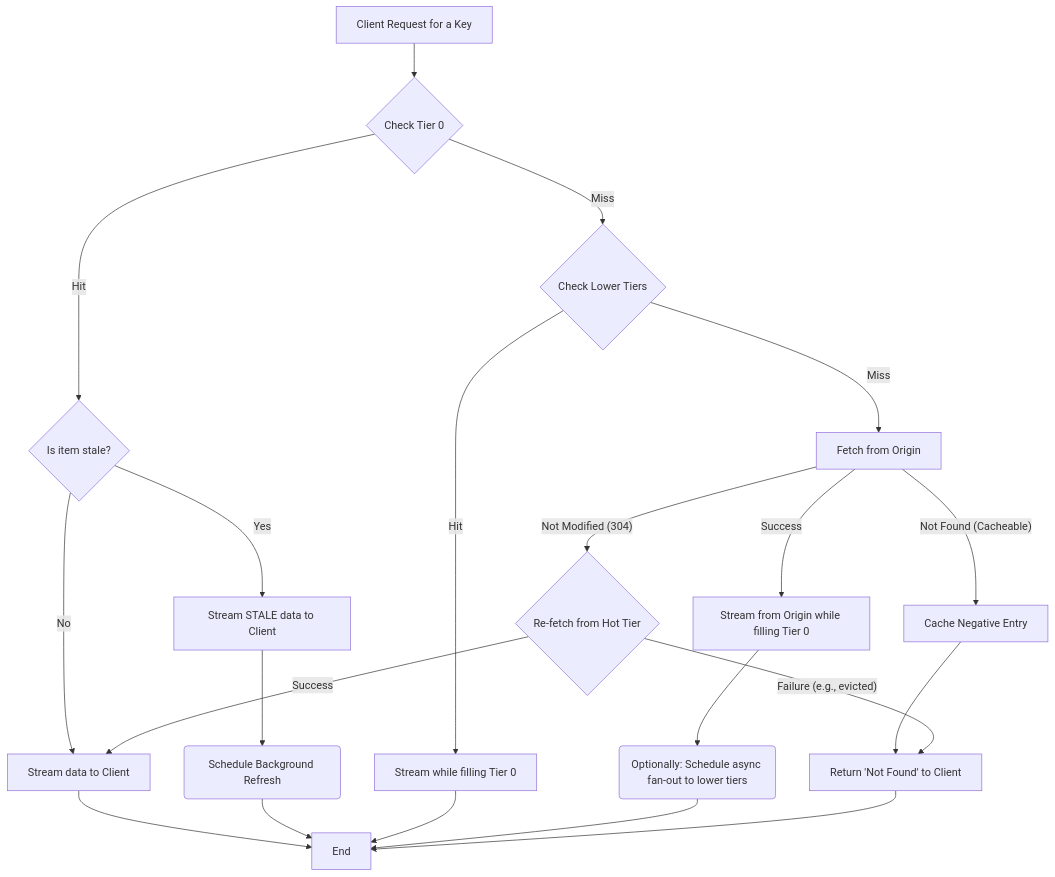
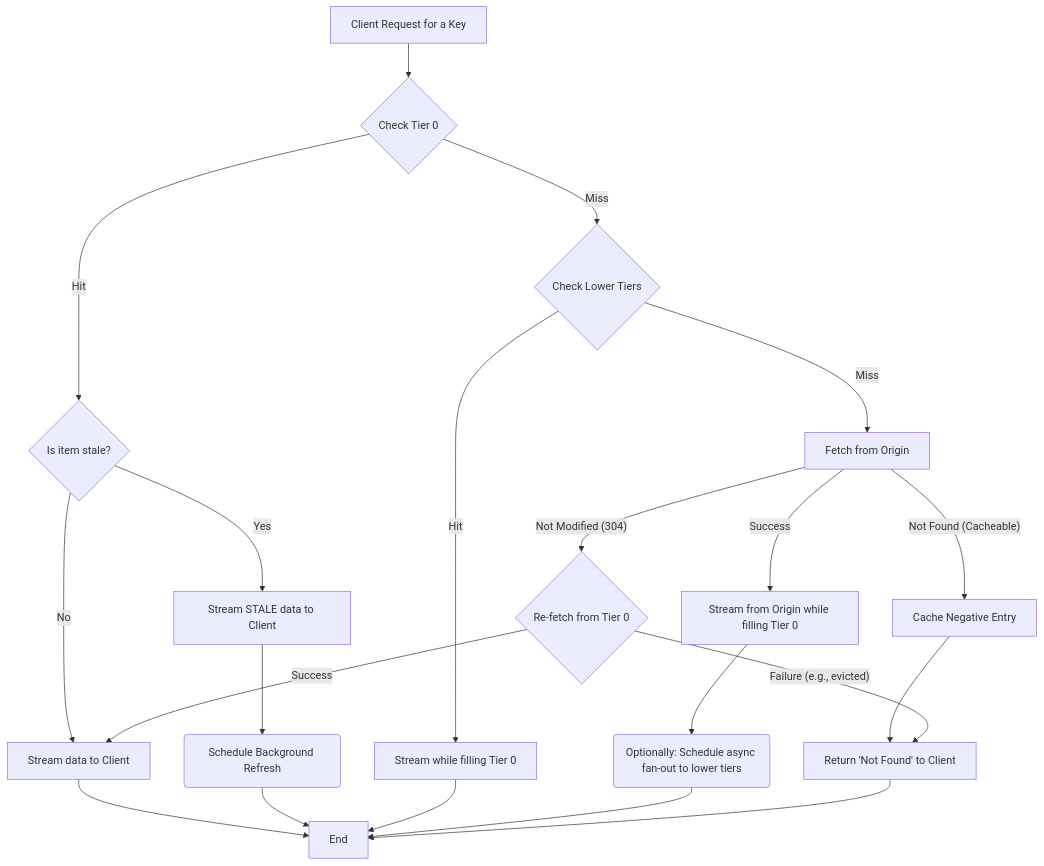
One commit to mrchypark/daramjwee changed the diagram in README.md. Above: the diagram before and after it, drawn with Mermaid. The commit also changed other lines of this file and 4 other files, not shown here.

````diff
--- a/README.md
+++ b/README.md
@@ -43,29 +49,29 @@
 ```mermaid
 flowchart TD
     A[Client Request for a Key] --> B{Check Tier 0};
 
     B -- Hit --> C{Is item stale?};
     C -- No --> D[Stream data to Client];
     D --> E[End];
     C -- Yes --> F[Stream STALE data to Client];
     F --> G(Schedule Background Refresh);
     G --> E;
 
     B -- Miss --> H{Check Lower Tiers};
 
     H -- Hit --> I[Stream while filling Tier 0];
     I --> E;
 
     H -- Miss --> J[Fetch from Origin];
     J -- Success --> K[Stream from Origin while filling Tier 0];
     K --> L(Optionally: Schedule async fan-out to lower tiers);
     L --> E;
     
     J -- Not Found (Cacheable) --> M[Cache Negative Entry];
     M --> N[Return 'Not Found' to Client];
     N --> E;
     
-    J -- Not Modified (304) --> O{Re-fetch from Hot Tier};
+    J -- Not Modified (304) --> O{Re-fetch from Tier 0};
     O -- Success --> D;
     O -- Failure (e.g., evicted) --> N;
 ```
````
